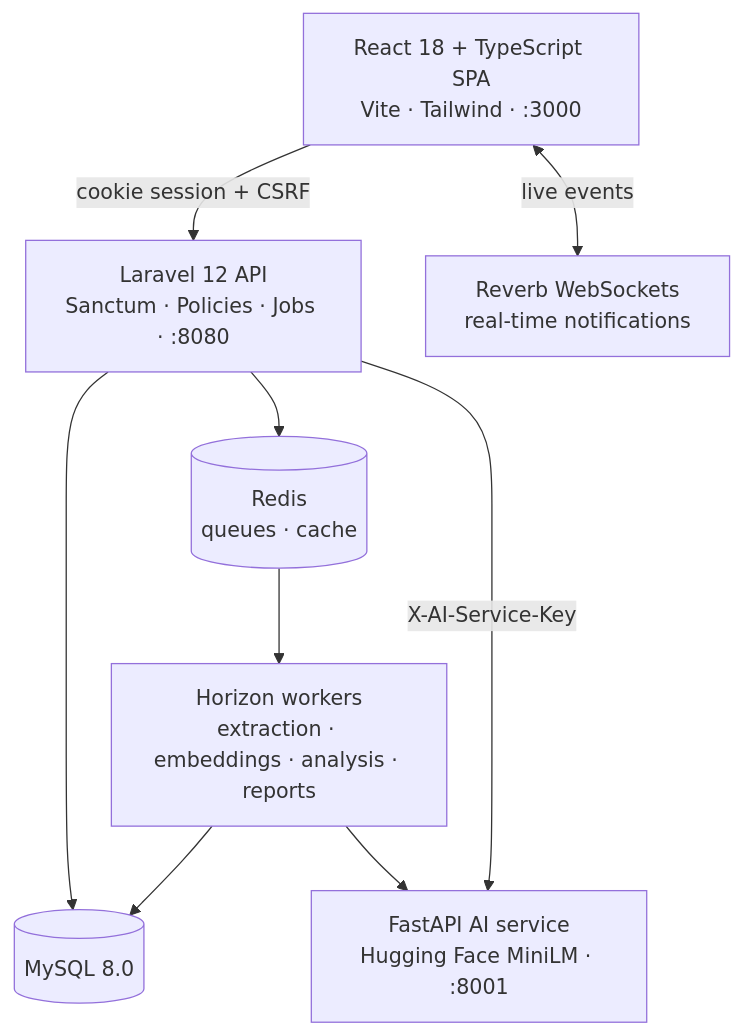
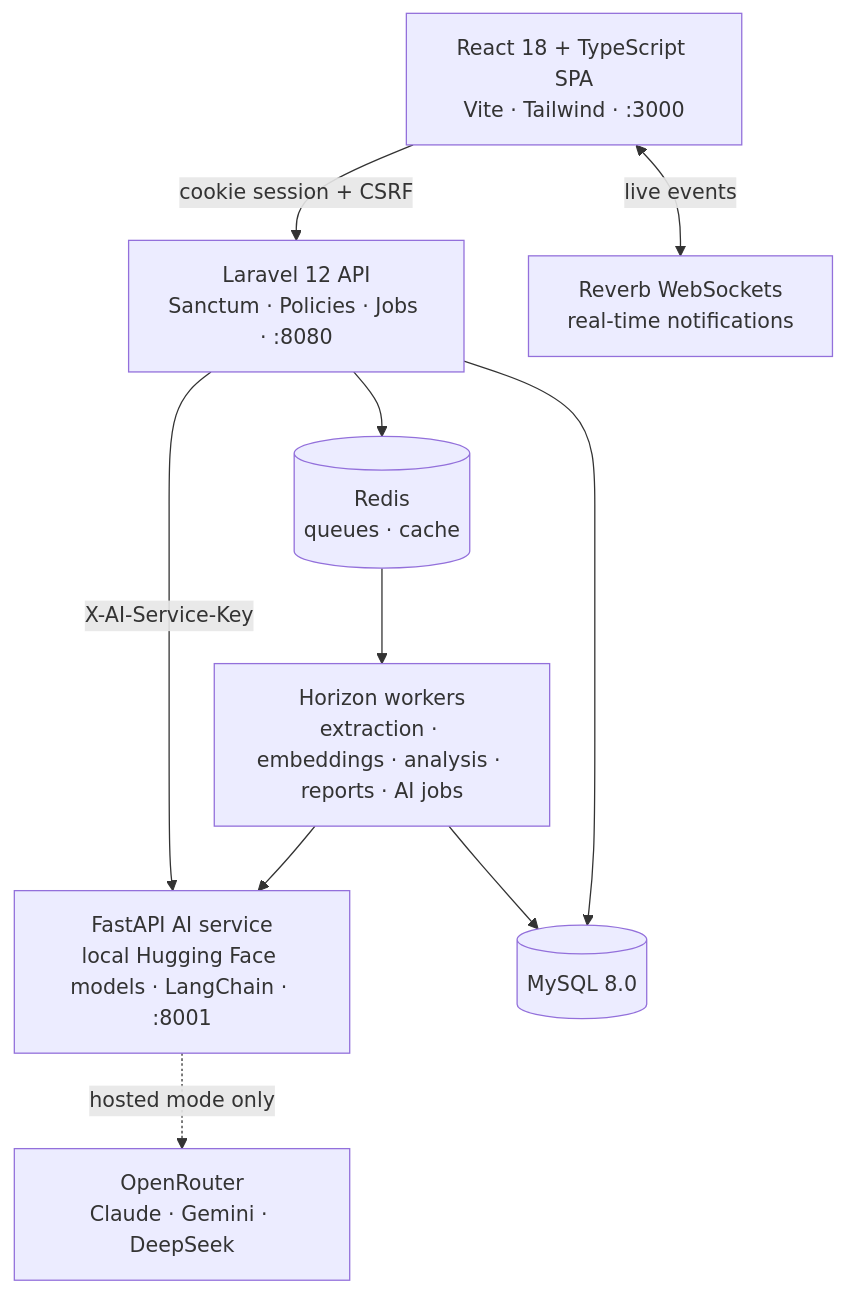
Before and after one commit to Sakin542/FacultyLens: the second of 2 diagrams in README.md, drawn with Mermaid. The commit also changed other lines of this file and 41 other files, not shown here.

````diff
--- a/README.md
+++ b/README.md
@@ -194,19 +245,21 @@
 ```mermaid
 flowchart TB
     UI["React 18 + TypeScript SPA<br/>Vite · Tailwind · :3000"]
     API["Laravel 12 API<br/>Sanctum · Policies · Jobs · :8080"]
-    AI["FastAPI AI service<br/>Hugging Face MiniLM · :8001"]
-    DB[(" MySQL 8.0")]
-    R[(" Redis<br/>queues · cache")]
-    H["Horizon workers<br/>extraction · embeddings · analysis · reports"]
+    AI["FastAPI AI service<br/>local Hugging Face models · LangChain · :8001"]
+    LLM["OpenRouter<br/>Claude · Gemini · DeepSeek"]
+    DB[("MySQL 8.0")]
+    R[("Redis<br/>queues · cache")]
+    H["Horizon workers<br/>extraction · embeddings · analysis · reports · AI jobs"]
     WS["Reverb WebSockets<br/>real-time notifications"]
 
     UI -->|cookie session + CSRF| API
     UI <-->|live events| WS
     API --> DB
     API --> R
     R --> H
     H --> AI
     API -->|X-AI-Service-Key| AI
+    AI -.->|hosted mode only| LLM
     H --> DB
 ```
````
